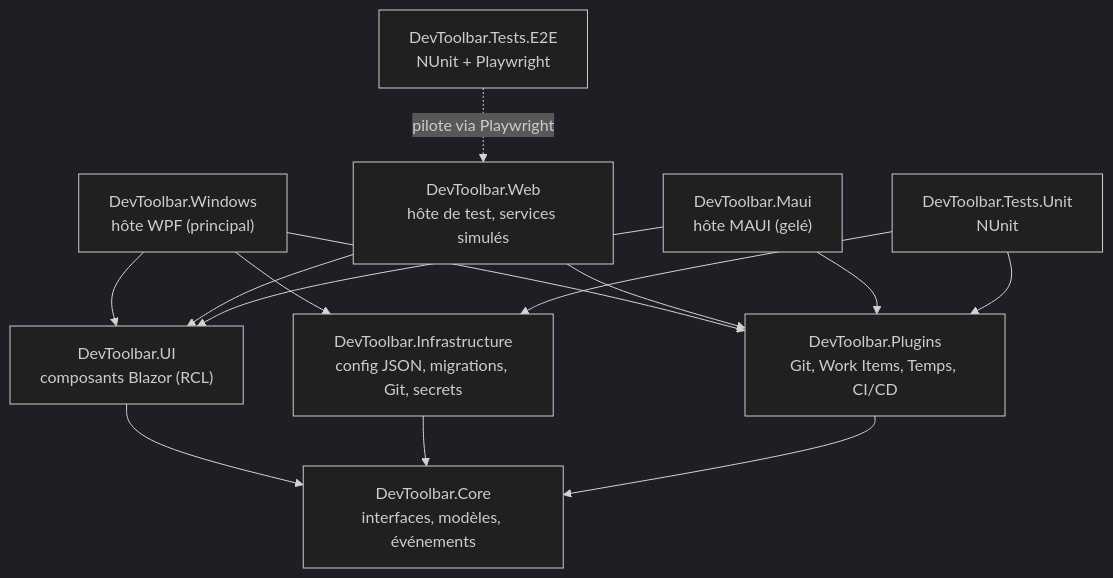
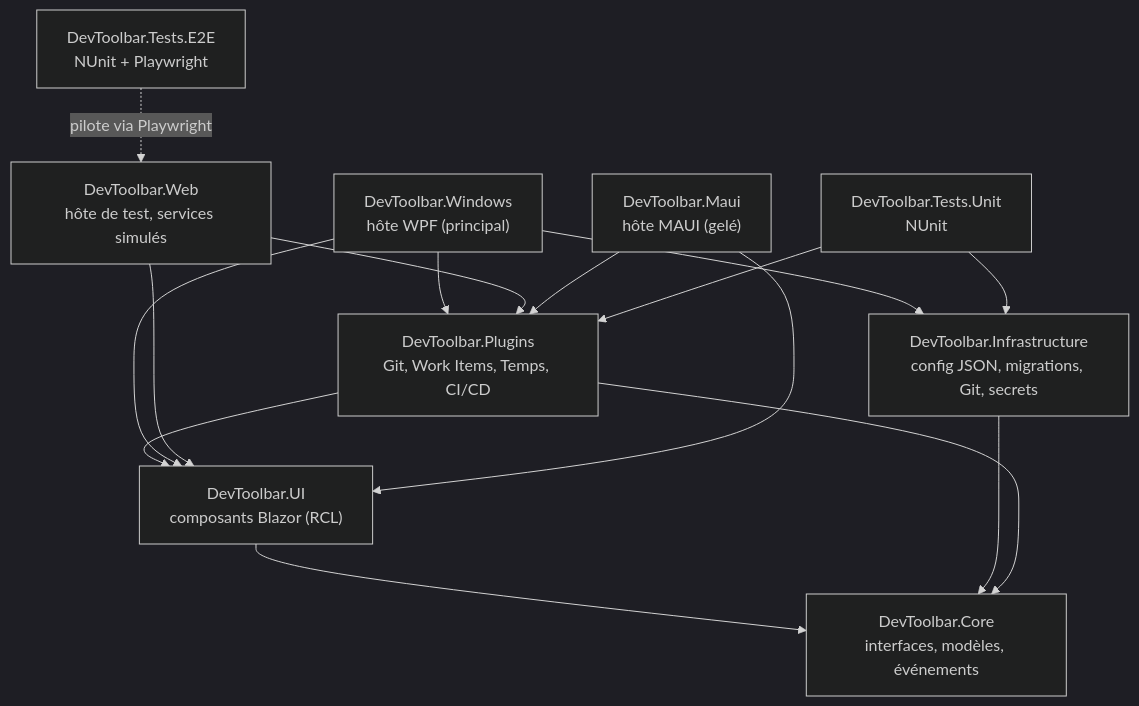
The diagram in doc/Features.md (Kazo-ca/bar), drawn with Mermaid (dark theme) before and after one commit. The commit also changed other lines of this file and 46 other files, not shown here.

````diff
--- a/doc/Features.md
+++ b/doc/Features.md
@@ -100,26 +107,27 @@
 ```mermaid
 graph TD
     Core["DevToolbar.Core<br/>interfaces, modèles, événements"]
     Infra["DevToolbar.Infrastructure<br/>config JSON, migrations, Git, secrets"]
     UI["DevToolbar.UI<br/>composants Blazor (RCL)"]
     Plugins["DevToolbar.Plugins<br/>Git, Work Items, Temps, CI/CD"]
     Windows["DevToolbar.Windows<br/>hôte WPF (principal)"]
     Web["DevToolbar.Web<br/>hôte de test, services simulés"]
     Maui["DevToolbar.Maui<br/>hôte MAUI (gelé)"]
     E2E["DevToolbar.Tests.E2E<br/>NUnit + Playwright"]
     Unit["DevToolbar.Tests.Unit<br/>NUnit"]
 
     UI --> Core
     Infra --> Core
     Windows --> Infra
     Unit --> Infra
     Plugins --> Core
+    Plugins --> UI
     Windows --> UI
     Windows --> Plugins
     Web --> UI
     Web --> Plugins
     Maui --> UI
     Maui --> Plugins
     E2E -. "pilote via Playwright" .-> Web
     Unit --> Plugins
 ```
````
